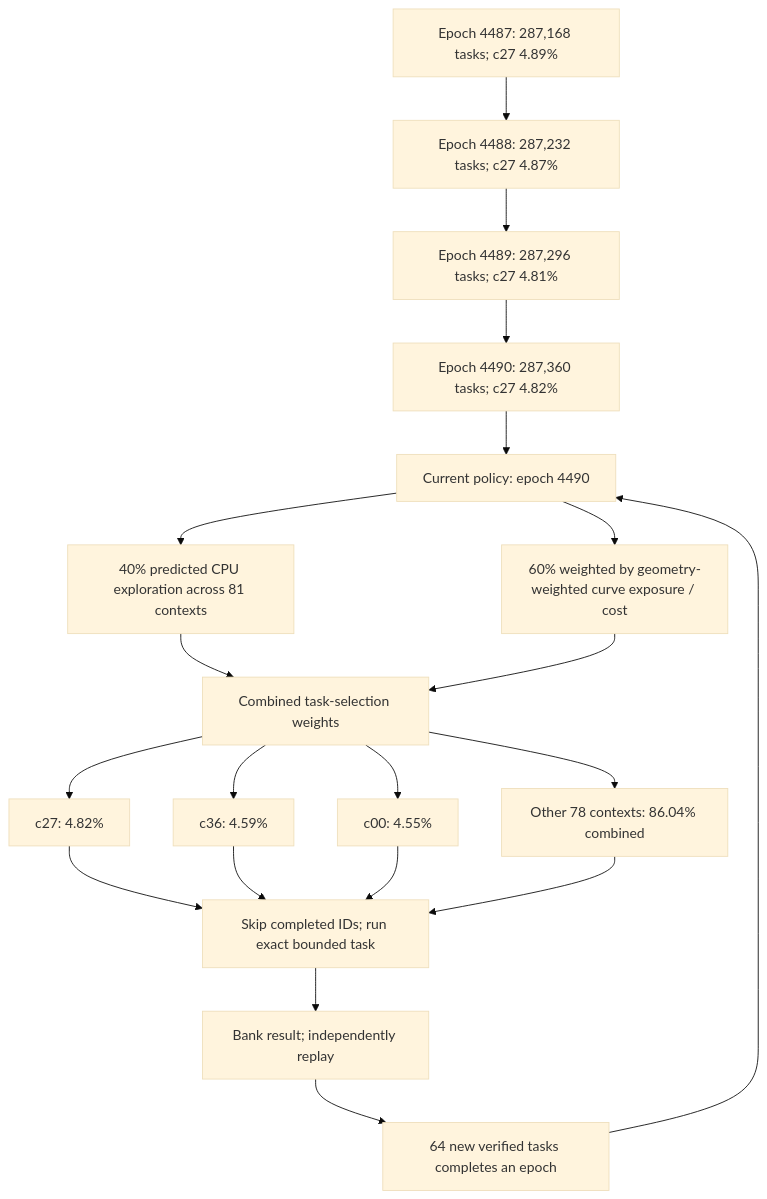
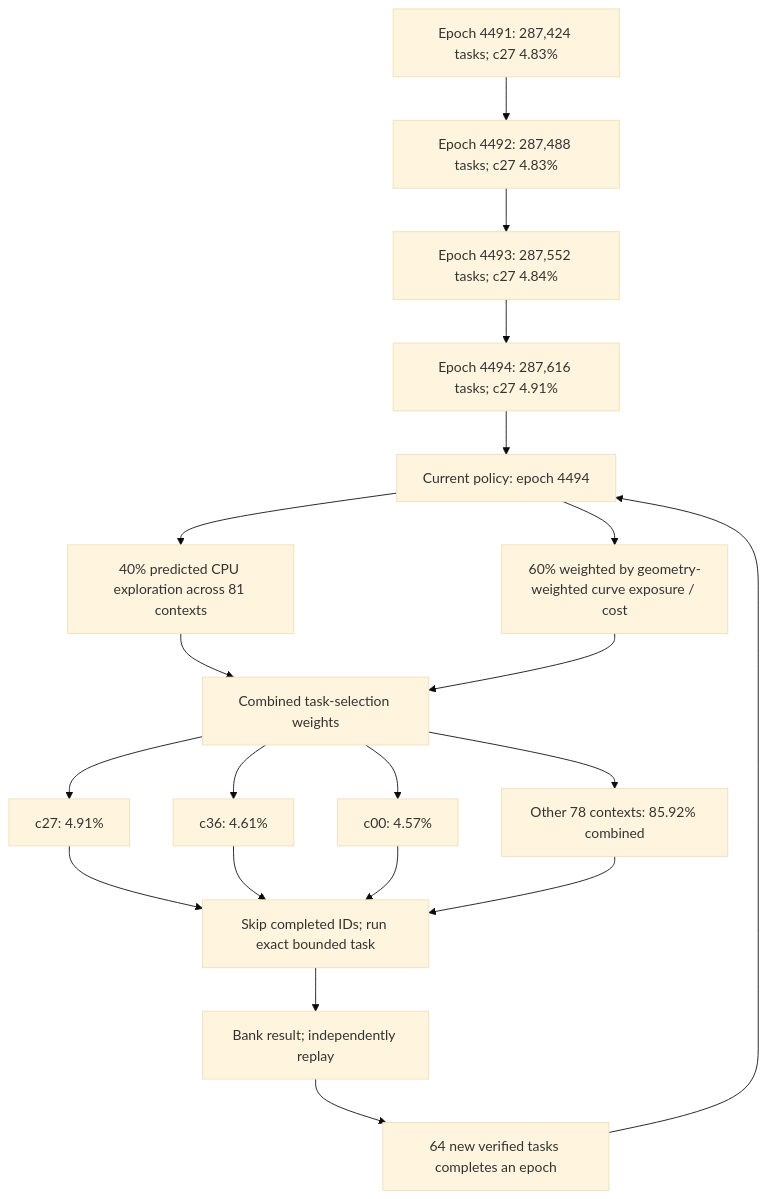
The first of 3 diagrams in README.md (Kuberwastaken/math-gambling), drawn with Mermaid (base theme) before and after one commit. The commit also changed other lines of this file and 2714 other files, not shown here.

````diff
--- a/README.md
+++ b/README.md
@@ -60,27 +60,27 @@
 ```mermaid
 flowchart TD
-    H0["Epoch 4487: 287,168 tasks; c27 4.89%"]
-    H1["Epoch 4488: 287,232 tasks; c27 4.87%"]
+    H0["Epoch 4491: 287,424 tasks; c27 4.83%"]
+    H1["Epoch 4492: 287,488 tasks; c27 4.83%"]
     H0 --> H1
-    H2["Epoch 4489: 287,296 tasks; c27 4.81%"]
+    H2["Epoch 4493: 287,552 tasks; c27 4.84%"]
     H1 --> H2
-    H3["Epoch 4490: 287,360 tasks; c27 4.82%"]
+    H3["Epoch 4494: 287,616 tasks; c27 4.91%"]
     H2 --> H3
-    Policy["Current policy: epoch 4490"]
+    Policy["Current policy: epoch 4494"]
     H3 --> Policy
     Policy --> Explore["40% predicted CPU exploration across 81 contexts"]
     Policy --> Cost["60% weighted by geometry-weighted curve exposure / cost"]
     Explore --> Mix["Combined task-selection weights"]
     Cost --> Mix
-    Mix --> C0["c27: 4.82%"]
-    Mix --> C1["c36: 4.59%"]
-    Mix --> C2["c00: 4.55%"]
-    Mix --> Rest["Other 78 contexts: 86.04% combined"]
+    Mix --> C0["c27: 4.91%"]
+    Mix --> C1["c36: 4.61%"]
+    Mix --> C2["c00: 4.57%"]
+    Mix --> Rest["Other 78 contexts: 85.92% combined"]
     C0 --> Check["Skip completed IDs; run exact bounded task"]
     C1 --> Check
     C2 --> Check
     Rest --> Check
     Check --> Replay["Bank result; independently replay"]
     Replay --> Gate["64 new verified tasks completes an epoch"]
     Gate --> Policy
 ```
````
